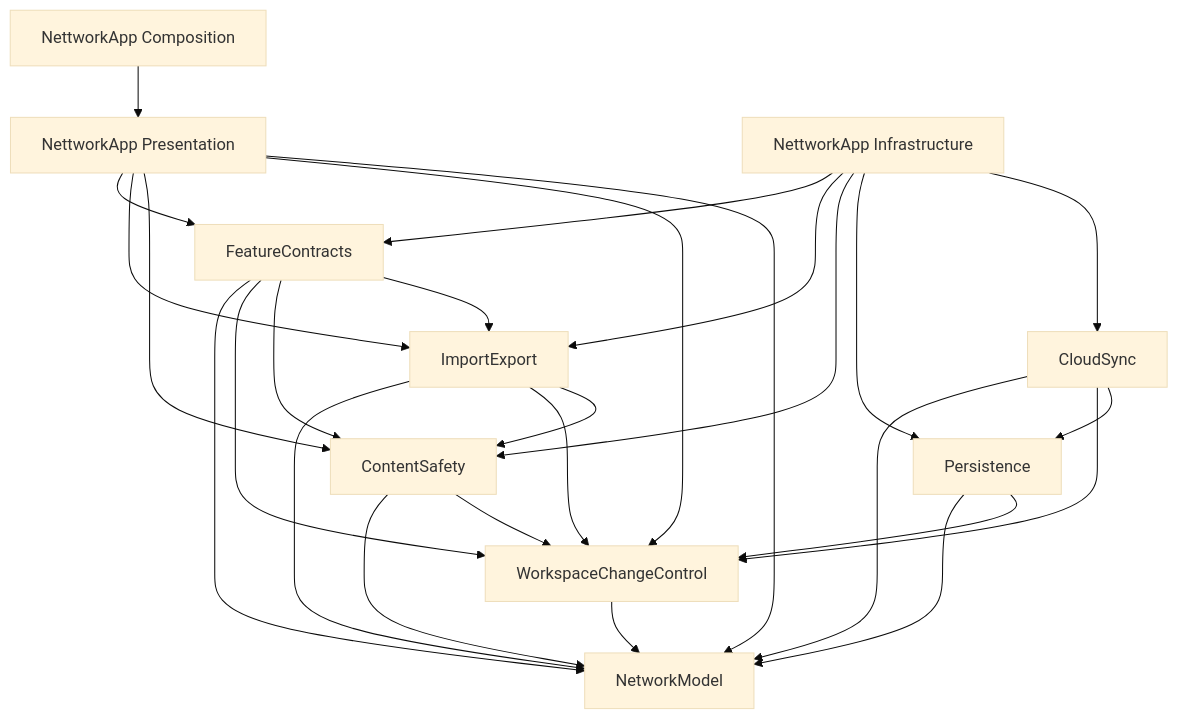
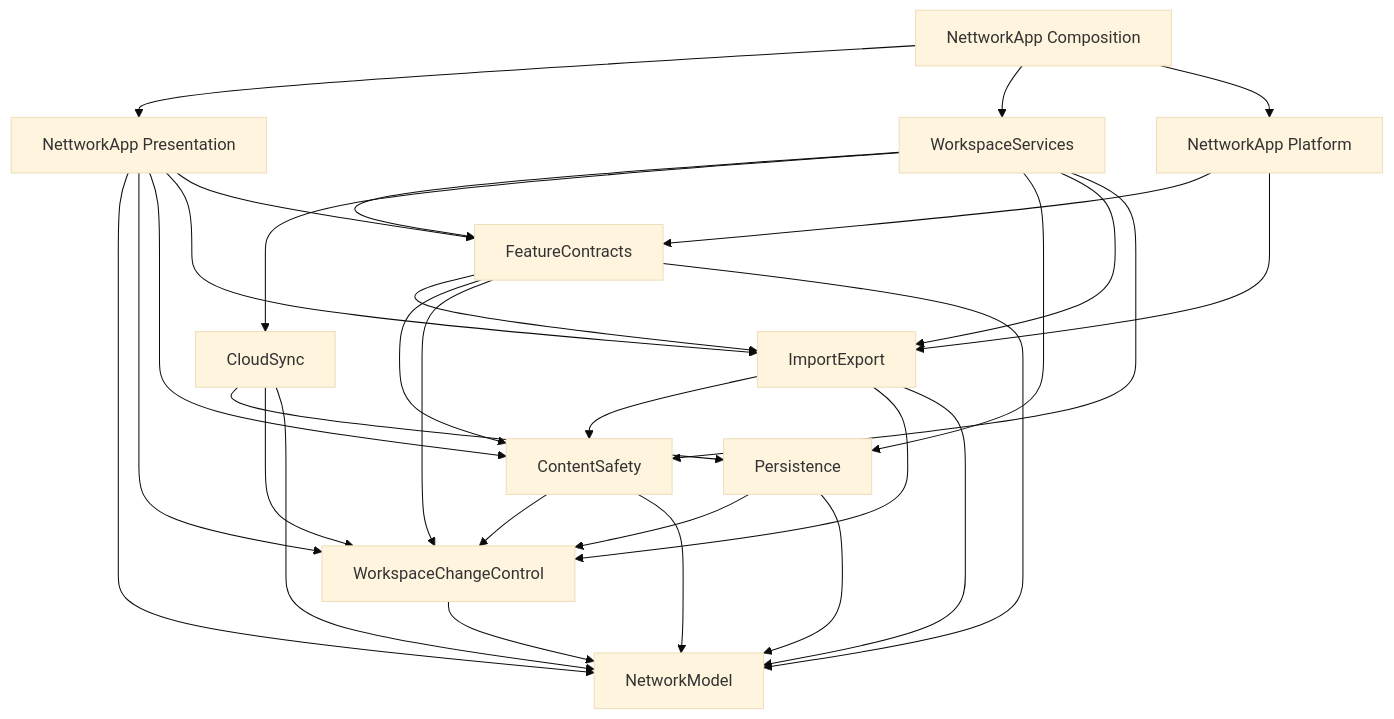
One commit to sebastianspicker/nettwork-infrastructure changed the second of 3 diagrams in docs/ARCHITECTURE.md. Above: the diagram before and after it, drawn with Mermaid (base theme). The commit also changed other lines of this file and 187 other files, not shown here.

First line of the commit message:
Move production services into WorkspaceServices

````diff
--- a/docs/ARCHITECTURE.md
+++ b/docs/ARCHITECTURE.md
@@ -37,30 +37,34 @@
 ```mermaid
 flowchart TD
     WCC[WorkspaceChangeControl] --> Model[NetworkModel]
     Persistence --> WCC
     Persistence --> Model
     CloudSync --> Persistence
     CloudSync --> WCC
     CloudSync --> Model
     ContentSafety --> WCC
     ContentSafety --> Model
     ImportExport --> ContentSafety
     ImportExport --> WCC
     ImportExport --> Model
     Contracts[FeatureContracts] --> ImportExport
     Contracts --> ContentSafety
     Contracts --> WCC
     Contracts --> Model
+    Services[WorkspaceServices] --> Contracts
+    Services --> CloudSync
+    Services --> Persistence
+    Services --> ImportExport
+    Services --> ContentSafety
 
     Presentation[NettworkApp Presentation] --> Model
     Presentation --> WCC
     Presentation --> ContentSafety
     Presentation --> ImportExport
     Presentation --> Contracts
     Composition[NettworkApp Composition] --> Presentation
-    Infrastructure[NettworkApp Infrastructure] --> CloudSync
-    Infrastructure --> Persistence
-    Infrastructure --> ContentSafety
-    Infrastructure --> ImportExport
-    Infrastructure --> Contracts
+    Composition --> Services
+    Composition --> AppPlatform[NettworkApp Platform]
+    AppPlatform --> Contracts
+    AppPlatform --> ImportExport
 ```
````
